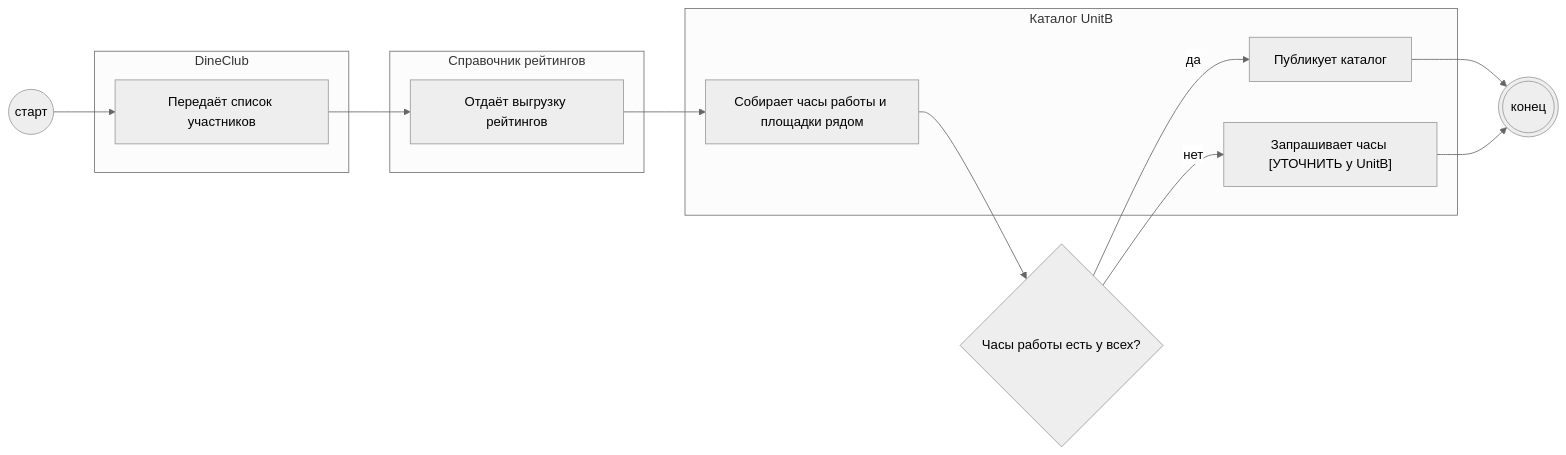
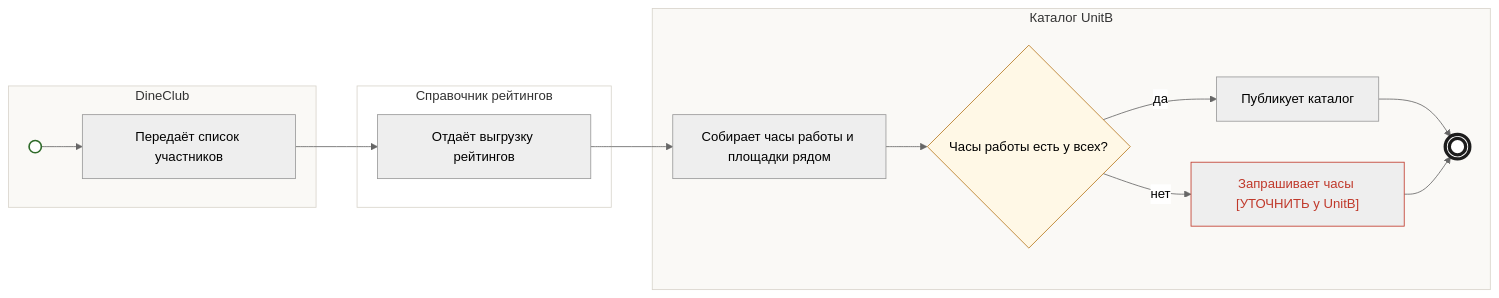
One commit to po-helper-org/poh-blueprint-writer changed the diagram in skills/bft-blueprint/examples/dineclub-restart-blueprint/backlog/tasks/bp-2.1 - Каталог-наполняется-ресторанами-участниками.md. Above: the diagram before and after it, drawn with Mermaid (neutral theme). The commit also changed 79 other files, not shown here.

First line of the commit message:
Карточка «Как это работает»: компактная заметка, схема mermaid, «Уточнить», источники

````diff
--- a/skills/bft-blueprint/examples/dineclub-restart-blueprint/backlog/tasks/bp-2.1 - Каталог-наполняется-ресторанами-участниками.md
+++ b/skills/bft-blueprint/examples/dineclub-restart-blueprint/backlog/tasks/bp-2.1 - Каталог-наполняется-ресторанами-участниками.md
@@ -43,25 +43,36 @@
 ```mermaid
 flowchart LR
-  S(("старт"))
   subgraph L1["DineClub"]
+    S((" "))
     N1["Передаёт список участников"]
   end
   subgraph L2["Справочник рейтингов"]
     N2["Отдаёт выгрузку рейтингов"]
   end
   subgraph L3["Каталог UnitB"]
     N3["Собирает часы работы и площадки рядом"]
+    G4{"Часы работы есть у всех?"}
     N5["Публикует каталог"]
     N6["Запрашивает часы [УТОЧНИТЬ у UnitB]"]
+    E(((" ")))
   end
-  G4{"Часы работы есть у всех?"}
-  E((("конец")))
   S --> N1
   N1 --> N2
   N2 --> N3
   N3 --> G4
   G4 -- да --> N5
   G4 -- нет --> N6
   N5 --> E
   N6 --> E
+  classDef start fill:#fff,stroke:#2f6b2a,stroke-width:2px
+  classDef stop fill:#fff,stroke:#1c1c1c,stroke-width:4px
+  classDef gw fill:#fff8e6,stroke:#b7791f
+  classDef ask color:#c0392b,stroke:#c0392b
+  class S start
+  class E stop
+  class G4 gw
+  class N6 ask
+  style L1 fill:#faf9f6,stroke:#d8d4cb
+  style L2 fill:#ffffff,stroke:#d8d4cb
+  style L3 fill:#faf9f6,stroke:#d8d4cb
 ```
````
